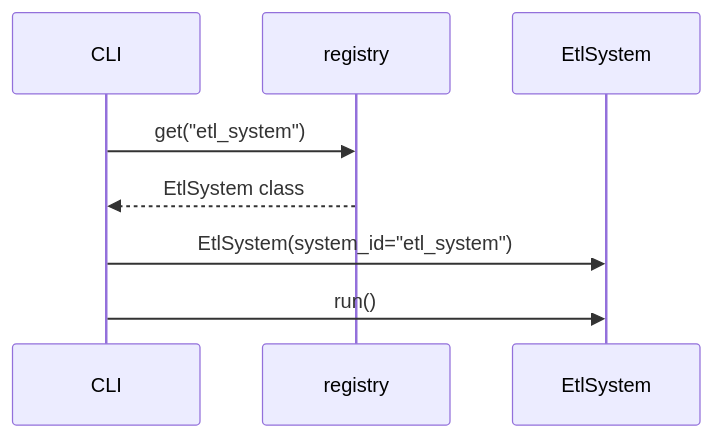
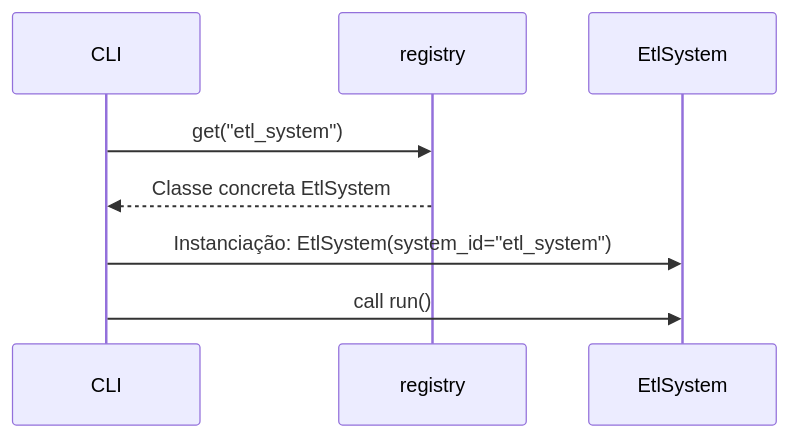
One commit to antunes-hq/aptdata-flow-os changed the third of 3 diagrams in docs/architecture.md. Above: the diagram before and after it, drawn with Mermaid. The commit also changed other lines of this file and 12 other files, not shown here.

````diff
--- a/docs/architecture.md
+++ b/docs/architecture.md
@@ -219,11 +179,11 @@
 ```mermaid
 sequenceDiagram
     participant CLI
     participant Registry as registry
     participant System as EtlSystem
 
     CLI->>Registry: get("etl_system")
-    Registry-->>CLI: EtlSystem class
-    CLI->>System: EtlSystem(system_id="etl_system")
-    CLI->>System: run()
+    Registry-->>CLI: Classe concreta EtlSystem
+    CLI->>System: Instanciação: EtlSystem(system_id="etl_system")
+    CLI->>System: call run()
 ```
````
